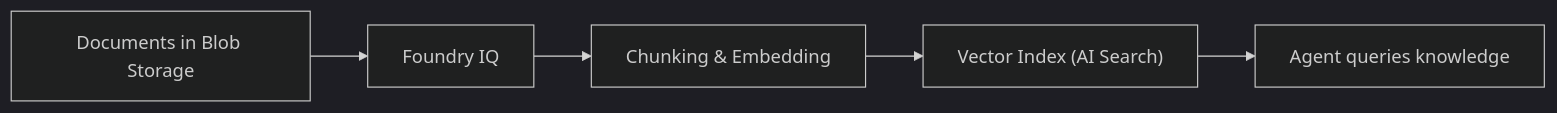
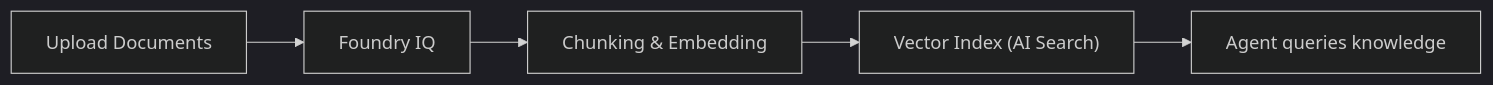
One commit to LauraVerghote/Agentic-ai-with-foundry-workshop changed the diagram in lab-2-create-knowledge-base.md. Above: the diagram before and after it, drawn with Mermaid (dark theme). The commit also changed other lines of this file and 4 other files, not shown here.

Commit message:
Replace lab-2 with direct file upload approach, archive blob storage version

````diff
--- a/lab-2-create-knowledge-base.md
+++ b/lab-2-create-knowledge-base.md
@@ -51,7 +41,7 @@
 ```mermaid
 flowchart LR
-    A["Documents in Blob Storage"] --> B["Foundry IQ"]
+    A["Upload Documents"] --> B["Foundry IQ"]
     B --> C["Chunking & Embedding"]
     C --> D["Vector Index (AI Search)"]
     D --> E["Agent queries knowledge"]
 ```
````
